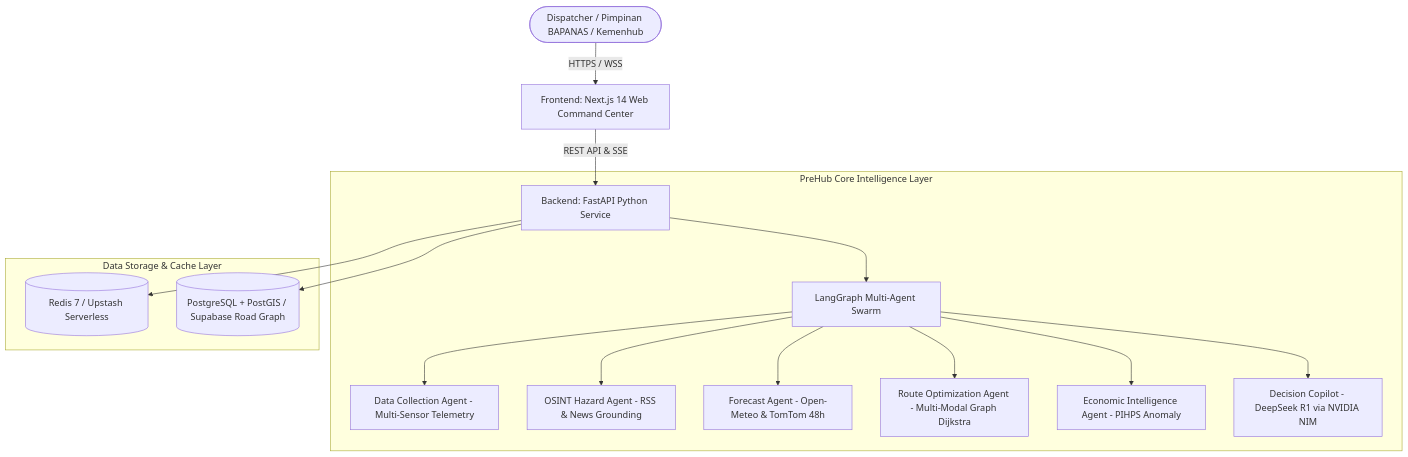
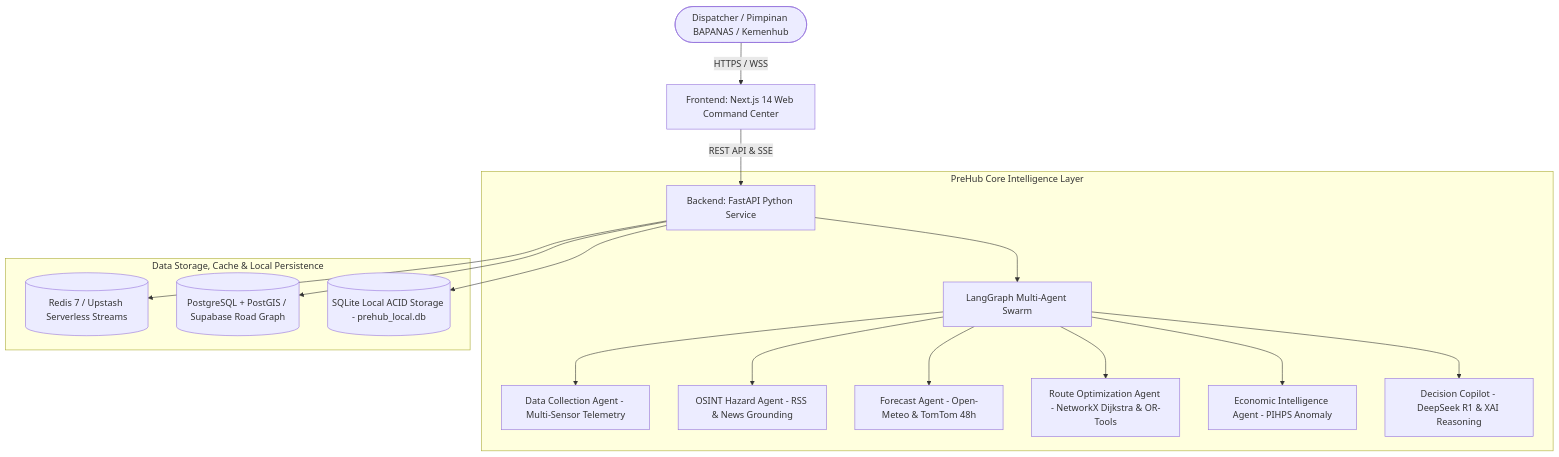
Before and after one commit to Zhav1/peta-nadi: the diagram in docs/Dokumen_Pendukung_PreHub.md, drawn with Mermaid. The commit also changed other lines of this file and 50 other files, not shown here.

````diff
--- a/docs/Dokumen_Pendukung_PreHub.md
+++ b/docs/Dokumen_Pendukung_PreHub.md
@@ -157,20 +147,21 @@
 ```mermaid
 graph TD
     User([Dispatcher / Pimpinan BAPANAS / Kemenhub]) -->|HTTPS / WSS| FE[Frontend: Next.js 14 Web Command Center]
     FE -->|REST API & SSE| BE[Backend: FastAPI Python Service]
     
     subgraph "PreHub Core Intelligence Layer"
         BE --> AgentOrch[LangGraph Multi-Agent Swarm]
         AgentOrch --> WAgent[Data Collection Agent - Multi-Sensor Telemetry]
         AgentOrch --> TAgent[OSINT Hazard Agent - RSS & News Grounding]
         AgentOrch --> IAgent[Forecast Agent - Open-Meteo & TomTom 48h]
-        AgentOrch --> RAgent[Route Optimization Agent - Multi-Modal Graph Dijkstra]
+        AgentOrch --> RAgent[Route Optimization Agent - NetworkX Dijkstra & OR-Tools]
         AgentOrch --> LAgent[Economic Intelligence Agent - PIHPS Anomaly]
-        AgentOrch --> DAgent[Decision Copilot - DeepSeek R1 via NVIDIA NIM]
+        AgentOrch --> DAgent[Decision Copilot - DeepSeek R1 & XAI Reasoning]
     end
 
-    subgraph "Data Storage & Cache Layer"
-        BE --> Redis[(Redis 7 / Upstash Serverless)]
+    subgraph "Data Storage, Cache & Local Persistence"
+        BE --> Redis[(Redis 7 / Upstash Serverless Streams)]
         BE --> PostGIS[(PostgreSQL + PostGIS / Supabase Road Graph)]
+        BE --> SQLite[(SQLite Local ACID Storage - prehub_local.db)]
     end
 ```
````
